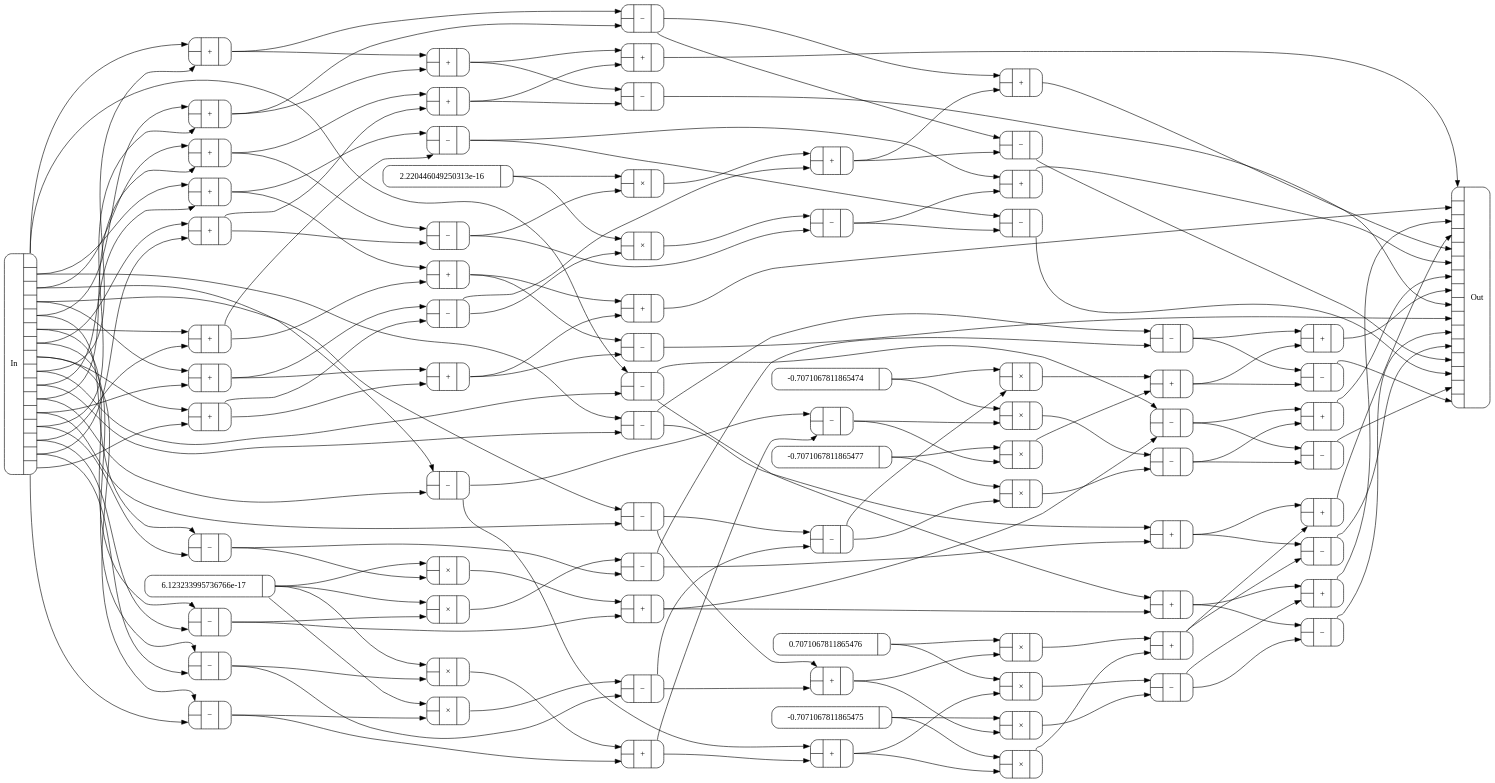
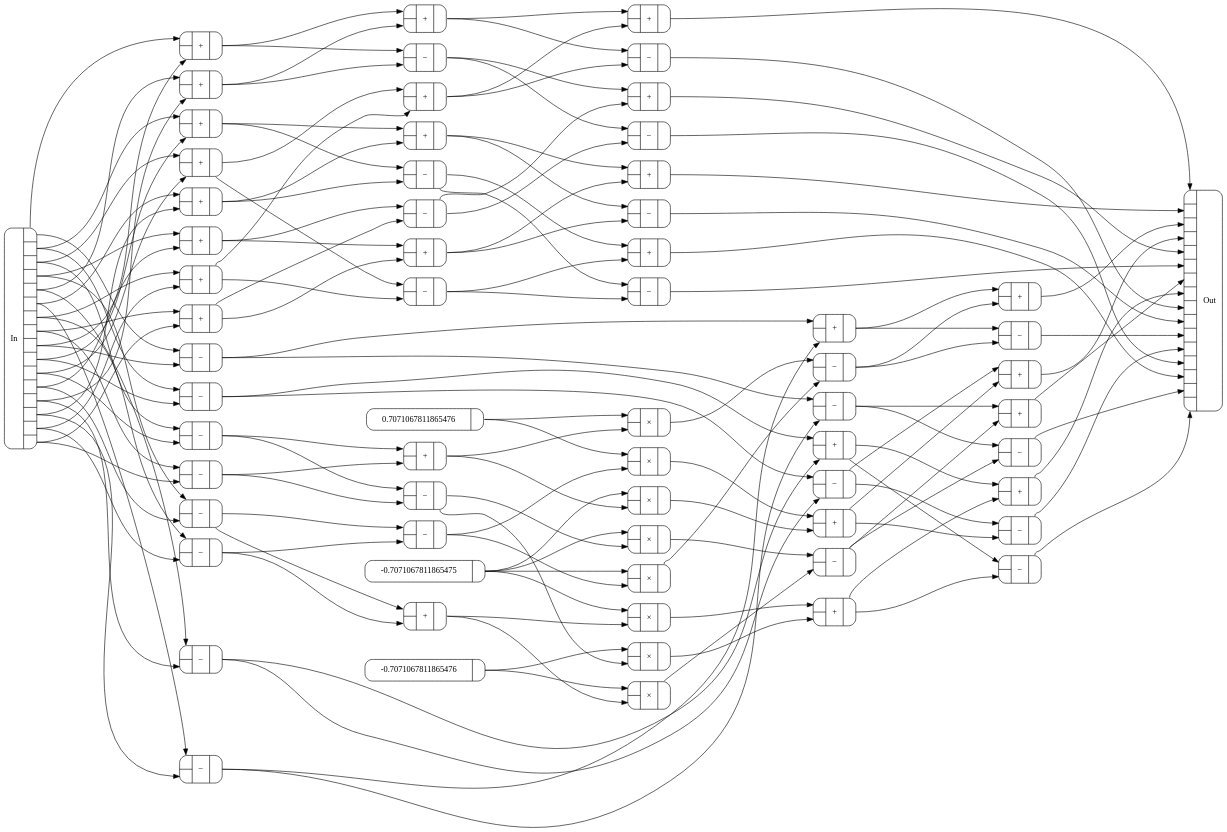
One commit to conal/talk-2016-generic-fft changed the diagram in Figures/circuits/fft-lb3.dot. Above: the diagram before and after it, drawn with Graphviz. The commit also changed 18 other files, not shown here.

```diff
--- a/Figures/circuits/fft-lb3.dot
+++ b/Figures/circuits/fft-lb3.dot
@@ -3,7 +3,7 @@
   node [shape=Mrecord];
   bgcolor=transparent;
   nslimit=20;
-  ranksep="2.5";
+  ranksep="3.3";
   c0 [label="{{<In0>|<In1>}|+|{<Out0>}}"];
   c1 [label="{{<In0>|<In1>}|+|{<Out0>}}"];
   c2 [label="{{<In0>|<In1>}|+|{<Out0>}}"];
@@ -30,220 +30,181 @@
   c23 [label="{{<In0>|<In1>}|+|{<Out0>}}"];
   c24 [label="{{<In0>|<In1>}|+|{<Out0>}}"];
   c25 [label="{{<In0>|<In1>}|+|{<Out0>}}"];
-  c26 [label="{{<In0>|<In1>}|+|{<Out0>}}"];
-  c27 [label="{{<In0>|<In1>}|+|{<Out0>}}"];
-  c28 [label="{{<In0>|<In1>}|+|{<Out0>}}"];
-  c31 [label="{-0.7071067811865474|{<Out0>}}"];
-  c32 [label="{-0.7071067811865475|{<Out0>}}"];
-  c34 [label="{-0.7071067811865477|{<Out0>}}"];
-  c51 [label="{0.7071067811865476|{<Out0>}}"];
-  c57 [label="{2.220446049250313e-16|{<Out0>}}"];
-  c62 [label="{6.123233995736766e-17|{<Out0>}}"];
-  c65 [label="{In|{<Out0>|<Out1>|<Out2>|<Out3>|<Out4>|<Out5>|<Out6>|<Out7>|<Out8>|<Out9>|<Out10>|<Out11>|<Out12>|<Out13>|<Out14>|<Out15>}}"];
-  c66 [label="{{<In0>|<In1>|<In2>|<In3>|<In4>|<In5>|<In6>|<In7>|<In8>|<In9>|<In10>|<In11>|<In12>|<In13>|<In14>|<In15>}|Out}"];
-  c73 [label="{{<In0>|<In1>}|\×|{<Out0>}}"];
-  c74 [label="{{<In0>|<In1>}|\×|{<Out0>}}"];
-  c75 [label="{{<In0>|<In1>}|\×|{<Out0>}}"];
-  c76 [label="{{<In0>|<In1>}|\×|{<Out0>}}"];
-  c77 [label="{{<In0>|<In1>}|\×|{<Out0>}}"];
-  c78 [label="{{<In0>|<In1>}|\×|{<Out0>}}"];
-  c79 [label="{{<In0>|<In1>}|\×|{<Out0>}}"];
-  c80 [label="{{<In0>|<In1>}|\×|{<Out0>}}"];
-  c81 [label="{{<In0>|<In1>}|\×|{<Out0>}}"];
-  c82 [label="{{<In0>|<In1>}|\×|{<Out0>}}"];
-  c83 [label="{{<In0>|<In1>}|\×|{<Out0>}}"];
-  c84 [label="{{<In0>|<In1>}|\×|{<Out0>}}"];
-  c85 [label="{{<In0>|<In1>}|\×|{<Out0>}}"];
-  c86 [label="{{<In0>|<In1>}|\×|{<Out0>}}"];
+  c27 [label="{-0.7071067811865475|{<Out0>}}"];
+  c28 [label="{-0.7071067811865476|{<Out0>}}"];
+  c38 [label="{0.7071067811865476|{<Out0>}}"];
+  c47 [label="{In|{<Out0>|<Out1>|<Out2>|<Out3>|<Out4>|<Out5>|<Out6>|<Out7>|<Out8>|<Out9>|<Out10>|<Out11>|<Out12>|<Out13>|<Out14>|<Out15>}}"];
+  c48 [label="{{<In0>|<In1>|<In2>|<In3>|<In4>|<In5>|<In6>|<In7>|<In8>|<In9>|<In10>|<In11>|<In12>|<In13>|<In14>|<In15>}|Out}"];
+  c55 [label="{{<In0>|<In1>}|\×|{<Out0>}}"];
+  c56 [label="{{<In0>|<In1>}|\×|{<Out0>}}"];
+  c57 [label="{{<In0>|<In1>}|\×|{<Out0>}}"];
+  c58 [label="{{<In0>|<In1>}|\×|{<Out0>}}"];
+  c59 [label="{{<In0>|<In1>}|\×|{<Out0>}}"];
+  c60 [label="{{<In0>|<In1>}|\×|{<Out0>}}"];
+  c61 [label="{{<In0>|<In1>}|\×|{<Out0>}}"];
+  c62 [label="{{<In0>|<In1>}|\×|{<Out0>}}"];
+  c63 [label="{{<In0>|<In1>}|\−|{<Out0>}}"];
+  c64 [label="{{<In0>|<In1>}|\−|{<Out0>}}"];
+  c65 [label="{{<In0>|<In1>}|\−|{<Out0>}}"];
+  c66 [label="{{<In0>|<In1>}|\−|{<Out0>}}"];
+  c67 [label="{{<In0>|<In1>}|\−|{<Out0>}}"];
+  c68 [label="{{<In0>|<In1>}|\−|{<Out0>}}"];
+  c69 [label="{{<In0>|<In1>}|\−|{<Out0>}}"];
+  c70 [label="{{<In0>|<In1>}|\−|{<Out0>}}"];
+  c71 [label="{{<In0>|<In1>}|\−|{<Out0>}}"];
+  c72 [label="{{<In0>|<In1>}|\−|{<Out0>}}"];
+  c73 [label="{{<In0>|<In1>}|\−|{<Out0>}}"];
+  c74 [label="{{<In0>|<In1>}|\−|{<Out0>}}"];
+  c75 [label="{{<In0>|<In1>}|\−|{<Out0>}}"];
+  c76 [label="{{<In0>|<In1>}|\−|{<Out0>}}"];
+  c77 [label="{{<In0>|<In1>}|\−|{<Out0>}}"];
+  c78 [label="{{<In0>|<In1>}|\−|{<Out0>}}"];
+  c79 [label="{{<In0>|<In1>}|\−|{<Out0>}}"];
+  c80 [label="{{<In0>|<In1>}|\−|{<Out0>}}"];
+  c81 [label="{{<In0>|<In1>}|\−|{<Out0>}}"];
+  c82 [label="{{<In0>|<In1>}|\−|{<Out0>}}"];
+  c83 [label="{{<In0>|<In1>}|\−|{<Out0>}}"];
+  c84 [label="{{<In0>|<In1>}|\−|{<Out0>}}"];
+  c85 [label="{{<In0>|<In1>}|\−|{<Out0>}}"];
+  c86 [label="{{<In0>|<In1>}|\−|{<Out0>}}"];
   c87 [label="{{<In0>|<In1>}|\−|{<Out0>}}"];
   c88 [label="{{<In0>|<In1>}|\−|{<Out0>}}"];
-  c89 [label="{{<In0>|<In1>}|\−|{<Out0>}}"];
-  c90 [label="{{<In0>|<In1>}|\−|{<Out0>}}"];
-  c91 [label="{{<In0>|<In1>}|\−|{<Out0>}}"];
-  c92 [label="{{<In0>|<In1>}|\−|{<Out0>}}"];
-  c93 [label="{{<In0>|<In1>}|\−|{<Out0>}}"];
-  c94 [label="{{<In0>|<In1>}|\−|{<Out0>}}"];
-  c95 [label="{{<In0>|<In1>}|\−|{<Out0>}}"];
-  c96 [label="{{<In0>|<In1>}|\−|{<Out0>}}"];
-  c97 [label="{{<In0>|<In1>}|\−|{<Out0>}}"];
-  c98 [label="{{<In0>|<In1>}|\−|{<Out0>}}"];
-  c99 [label="{{<In0>|<In1>}|\−|{<Out0>}}"];
-  c100 [label="{{<In0>|<In1>}|\−|{<Out0>}}"];
-  c101 [label="{{<In0>|<In1>}|\−|{<Out0>}}"];
-  c102 [label="{{<In0>|<In1>}|\−|{<Out0>}}"];
-  c103 [label="{{<In0>|<In1>}|\−|{<Out0>}}"];
-  c104 [label="{{<In0>|<In1>}|\−|{<Out0>}}"];
-  c105 [label="{{<In0>|<In1>}|\−|{<Out0>}}"];
-  c106 [label="{{<In0>|<In1>}|\−|{<Out0>}}"];
-  c107 [label="{{<In0>|<In1>}|\−|{<Out0>}}"];
-  c108 [label="{{<In0>|<In1>}|\−|{<Out0>}}"];
-  c109 [label="{{<In0>|<In1>}|\−|{<Out0>}}"];
-  c110 [label="{{<In0>|<In1>}|\−|{<Out0>}}"];
-  c111 [label="{{<In0>|<In1>}|\−|{<Out0>}}"];
-  c112 [label="{{<In0>|<In1>}|\−|{<Out0>}}"];
-  c113 [label="{{<In0>|<In1>}|\−|{<Out0>}}"];
-  c114 [label="{{<In0>|<In1>}|\−|{<Out0>}}"];
-  c115 [label="{{<In0>|<In1>}|\−|{<Out0>}}"];
-  c65:Out0 -> c0:In0
-  c65:Out8 -> c0:In1
-  c65:Out1 -> c1:In0
-  c65:Out9 -> c1:In1
-  c65:Out2 -> c2:In0
-  c65:Out10 -> c2:In1
-  c65:Out3 -> c3:In0
-  c65:Out11 -> c3:In1
-  c65:Out4 -> c4:In0
-  c65:Out12 -> c4:In1
-  c65:Out5 -> c5:In0
-  c65:Out13 -> c5:In1
-  c65:Out6 -> c6:In0
-  c65:Out14 -> c6:In1
-  c65:Out7 -> c7:In0
-  c65:Out15 -> c7:In1
-  c0:Out0 -> c8:In0
-  c4:Out0 -> c8:In1
-  c1:Out0 -> c9:In0
-  c5:Out0 -> c9:In1
-  c87:Out0 -> c10:In0
-  c12:Out0 -> c10:In1
-  c88:Out0 -> c11:In0
-  c99:Out0 -> c11:In1
-  c83:Out0 -> c12:In0
-  c92:Out0 -> c12:In1
-  c8:Out0 -> c13:In0
-  c21:Out0 -> c13:In1
-  c9:Out0 -> c14:In0
-  c22:Out0 -> c14:In1
-  c95:Out0 -> c15:In0
-  c27:Out0 -> c15:In1
-  c96:Out0 -> c16:In0
-  c114:Out0 -> c16:In1
-  c10:Out0 -> c17:In0
-  c113:Out0 -> c17:In1
-  c11:Out0 -> c18:In0
-  c26:Out0 -> c18:In1
-  c97:Out0 -> c19:In0
-  c115:Out0 -> c19:In1
-  c98:Out0 -> c20:In0
-  c28:Out0 -> c20:In1
-  c2:Out0 -> c21:In0
-  c6:Out0 -> c21:In1
-  c3:Out0 -> c22:In0
-  c7:Out0 -> c22:In1
-  c89:Out0 -> c23:In0
-  c25:Out0 -> c23:In1
-  c90:Out0 -> c24:In0
-  c112:Out0 -> c24:In1
-  c85:Out0 -> c25:In0
-  c94:Out0 -> c25:In1
-  c74:Out0 -> c26:In0
-  c75:Out0 -> c26:In1
-  c77:Out0 -> c27:In0
-  c109:Out0 -> c27:In1
-  c80:Out0 -> c28:In0
-  c81:Out0 -> c28:In1
-  c13:Out0 -> c66:In0
-  c14:Out0 -> c66:In1
-  c17:Out0 -> c66:In2
-  c18:Out0 -> c66:In3
-  c15:Out0 -> c66:In4
-  c16:Out0 -> c66:In5
-  c19:Out0 -> c66:In6
-  c20:Out0 -> c66:In7
-  c100:Out0 -> c66:In8
-  c101:Out0 -> c66:In9
-  c104:Out0 -> c66:In10
-  c105:Out0 -> c66:In11
-  c102:Out0 -> c66:In12
-  c103:Out0 -> c66:In13
-  c106:Out0 -> c66:In14
-  c107:Out0 -> c66:In15
-  c51:Out0 -> c73:In0
-  c23:Out0 -> c73:In1
-  c51:Out0 -> c74:In0
-  c24:Out0 -> c74:In1
-  c32:Out0 -> c75:In0
-  c23:Out0 -> c75:In1
-  c32:Out0 -> c76:In0
-  c24:Out0 -> c76:In1
-  c57:Out0 -> c77:In0
-  c108:Out0 -> c77:In1
-  c57:Out0 -> c78:In0
-  c109:Out0 -> c78:In1
-  c31:Out0 -> c79:In0
-  c110:Out0 -> c79:In1
-  c31:Out0 -> c80:In0
-  c111:Out0 -> c80:In1
-  c34:Out0 -> c81:In0
-  c110:Out0 -> c81:In1
-  c34:Out0 -> c82:In0
-  c111:Out0 -> c82:In1
-  c62:Out0 -> c83:In0
-  c91:Out0 -> c83:In1
-  c62:Out0 -> c84:In0
-  c92:Out0 -> c84:In1
-  c62:Out0 -> c85:In0
-  c93:Out0 -> c85:In1
-  c62:Out0 -> c86:In0
-  c94:Out0 -> c86:In1
-  c65:Out0 -> c87:In0
-  c65:Out8 -> c87:In1
-  c65:Out1 -> c88:In0
-  c65:Out9 -> c88:In1
-  c65:Out2 -> c89:In0
-  c65:Out10 -> c89:In1
-  c65:Out3 -> c90:In0
-  c65:Out11 -> c90:In1
-  c65:Out4 -> c91:In0
-  c65:Out12 -> c91:In1
-  c65:Out5 -> c92:In0
-  c65:Out13 -> c92:In1
-  c65:Out6 -> c93:In0
-  c65:Out14 -> c93:In1
-  c65:Out7 -> c94:In0
-  c65:Out15 -> c94:In1
-  c0:Out0 -> c95:In0
-  c4:Out0 -> c95:In1
-  c1:Out0 -> c96:In0
-  c5:Out0 -> c96:In1
-  c87:Out0 -> c97:In0
-  c12:Out0 -> c97:In1
-  c88:Out0 -> c98:In0
-  c99:Out0 -> c98:In1
-  c84:Out0 -> c99:In0
-  c91:Out0 -> c99:In1
-  c8:Out0 -> c100:In0
-  c21:Out0 -> c100:In1
-  c9:Out0 -> c101:In0
-  c22:Out0 -> c101:In1
-  c95:Out0 -> c102:In0
-  c27:Out0 -> c102:In1
-  c96:Out0 -> c103:In0
-  c114:Out0 -> c103:In1
-  c10:Out0 -> c104:In0
-  c113:Out0 -> c104:In1
-  c11:Out0 -> c105:In0
-  c26:Out0 -> c105:In1
-  c97:Out0 -> c106:In0
-  c115:Out0 -> c106:In1
-  c98:Out0 -> c107:In0
-  c28:Out0 -> c107:In1
-  c2:Out0 -> c108:In0
-  c6:Out0 -> c108:In1
-  c3:Out0 -> c109:In0
-  c7:Out0 -> c109:In1
-  c89:Out0 -> c110:In0
-  c25:Out0 -> c110:In1
-  c90:Out0 -> c111:In0
-  c112:Out0 -> c111:In1
-  c86:Out0 -> c112:In0
-  c93:Out0 -> c112:In1
-  c73:Out0 -> c113:In0
-  c76:Out0 -> c113:In1
-  c78:Out0 -> c114:In0
-  c108:Out0 -> c114:In1
-  c79:Out0 -> c115:In0
-  c82:Out0 -> c115:In1
+  c47:Out0 -> c0:In0 [];
+  c47:Out8 -> c0:In1 [];
+  c47:Out1 -> c1:In0 [];
+  c47:Out9 -> c1:In1 [];
+  c47:Out2 -> c2:In0 [];
+  c47:Out10 -> c2:In1 [];
+  c47:Out3 -> c3:In0 [];
+  c47:Out11 -> c3:In1 [];
+  c47:Out4 -> c4:In0 [];
+  c47:Out12 -> c4:In1 [];
+  c47:Out5 -> c5:In0 [];
+  c47:Out13 -> c5:In1 [];
+  c47:Out6 -> c6:In0 [];
+  c47:Out14 -> c6:In1 [];
+  c47:Out7 -> c7:In0 [];
+  c47:Out15 -> c7:In1 [];
+  c0:Out0 -> c8:In0 [];
+  c4:Out0 -> c8:In1 [];
+  c1:Out0 -> c9:In0 [];
+  c5:Out0 -> c9:In1 [];
+  c63:Out0 -> c10:In0 [];
+  c68:Out0 -> c10:In1 [];
+  c64:Out0 -> c11:In0 [];
+  c67:Out0 -> c11:In1 [];
+  c8:Out0 -> c12:In0 [];
+  c20:Out0 -> c12:In1 [];
+  c9:Out0 -> c13:In0 [];
+  c21:Out0 -> c13:In1 [];
+  c71:Out0 -> c14:In0 [];
+  c84:Out0 -> c14:In1 [];
+  c72:Out0 -> c15:In0 [];
+  c83:Out0 -> c15:In1 [];
+  c10:Out0 -> c16:In0 [];
+  c87:Out0 -> c16:In1 [];
+  c74:Out0 -> c17:In0 [];
+  c24:Out0 -> c17:In1 [];
+  c73:Out0 -> c18:In0 [];
+  c88:Out0 -> c18:In1 [];
+  c11:Out0 -> c19:In0 [];
+  c25:Out0 -> c19:In1 [];
+  c2:Out0 -> c20:In0 [];
+  c6:Out0 -> c20:In1 [];
+  c3:Out0 -> c21:In0 [];
+  c7:Out0 -> c21:In1 [];
+  c65:Out0 -> c22:In0 [];
+  c70:Out0 -> c22:In1 [];
+  c66:Out0 -> c23:In0 [];
+  c69:Out0 -> c23:In1 [];
+  c56:Out0 -> c24:In0 [];
+  c57:Out0 -> c24:In1 [];
+  c60:Out0 -> c25:In0 [];
+  c61:Out0 -> c25:In1 [];
+  c12:Out0 -> c48:In0 [];
+  c13:Out0 -> c48:In1 [];
+  c16:Out0 -> c48:In2 [];
+  c17:Out0 -> c48:In3 [];
+  c14:Out0 -> c48:In4 [];
+  c78:Out0 -> c48:In5 [];
+  c18:Out0 -> c48:In6 [];
+  c19:Out0 -> c48:In7 [];
+  c75:Out0 -> c48:In8 [];
+  c76:Out0 -> c48:In9 [];
+  c79:Out0 -> c48:In10 [];
+  c80:Out0 -> c48:In11 [];
+  c77:Out0 -> c48:In12 [];
+  c15:Out0 -> c48:In13 [];
+  c81:Out0 -> c48:In14 [];
+  c82:Out0 -> c48:In15 [];
+  c38:Out0 -> c55:In0 [];
+  c22:Out0 -> c55:In1 [];
+  c38:Out0 -> c56:In0 [];
+  c86:Out0 -> c56:In1 [];
+  c27:Out0 -> c57:In0 [];
+  c22:Out0 -> c57:In1 [];
+  c27:Out0 -> c58:In0 [];
+  c86:Out0 -> c58:In1 [];
+  c27:Out0 -> c59:In0 [];
+  c85:Out0 -> c59:In1 [];
+  c27:Out0 -> c60:In0 [];
+  c23:Out0 -> c60:In1 [];
+  c28:Out0 -> c61:In0 [];
+  c85:Out0 -> c61:In1 [];
+  c28:Out0 -> c62:In0 [];
+  c23:Out0 -> c62:In1 [];
+  c47:Out0 -> c63:In0 [];
+  c47:Out8 -> c63:In1 [];
+  c47:Out1 -> c64:In0 [];
+  c47:Out9 -> c64:In1 [];
+  c47:Out2 -> c65:In0 [];
+  c47:Out10 -> c65:In1 [];
+  c47:Out3 -> c66:In0 [];
+  c47:Out11 -> c66:In1 [];
+  c47:Out4 -> c67:In0 [];
+  c47:Out12 -> c67:In1 [];
+  c47:Out5 -> c68:In0 [];
+  c47:Out13 -> c68:In1 [];
+  c47:Out6 -> c69:In0 [];
+  c47:Out14 -> c69:In1 [];
+  c47:Out7 -> c70:In0 [];
+  c47:Out15 -> c70:In1 [];
+  c0:Out0 -> c71:In0 [];
+  c4:Out0 -> c71:In1 [];
+  c1:Out0 -> c72:In0 [];
+  c5:Out0 -> c72:In1 [];
+  c63:Out0 -> c73:In0 [];
+  c68:Out0 -> c73:In1 [];
+  c64:Out0 -> c74:In0 [];
+  c67:Out0 -> c74:In1 [];
+  c8:Out0 -> c75:In0 [];
+  c20:Out0 -> c75:In1 [];
+  c9:Out0 -> c76:In0 [];
+  c21:Out0 -> c76:In1 [];
+  c71:Out0 -> c77:In0 [];
+  c84:Out0 -> c77:In1 [];
+  c72:Out0 -> c78:In0 [];
+  c83:Out0 -> c78:In1 [];
+  c10:Out0 -> c79:In0 [];
+  c87:Out0 -> c79:In1 [];
+  c74:Out0 -> c80:In0 [];
+  c24:Out0 -> c80:In1 [];
+  c73:Out0 -> c81:In0 [];
+  c88:Out0 -> c81:In1 [];
+  c11:Out0 -> c82:In0 [];
+  c25:Out0 -> c82:In1 [];
+  c2:Out0 -> c83:In0 [];
+  c6:Out0 -> c83:In1 [];
+  c3:Out0 -> c84:In0 [];
+  c7:Out0 -> c84:In1 [];
+  c65:Out0 -> c85:In0 [];
+  c70:Out0 -> c85:In1 [];
+  c66:Out0 -> c86:In0 [];
+  c69:Out0 -> c86:In1 [];
+  c55:Out0 -> c87:In0 [];
+  c58:Out0 -> c87:In1 [];
+  c59:Out0 -> c88:In0 [];
+  c62:Out0 -> c88:In1 [];
 }
 
-// fft-lb3 components: 29 +, 1 -0.7071067811865474, 1 -0.7071067811865475, 1 -0.7071067811865477, 1 0.7071067811865476, 1 2.220446049250313e-16, 1 6.123233995736766e-17, 14 ×, 29 −, 78 total. Max depth: 7.
+// fft-lb3 components: 26 +, 1 -0.7071067811865475, 1 -0.7071067811865476, 1 0.7071067811865476, 8 ×, 26 −, 63 total. Max depth: 5.
```
